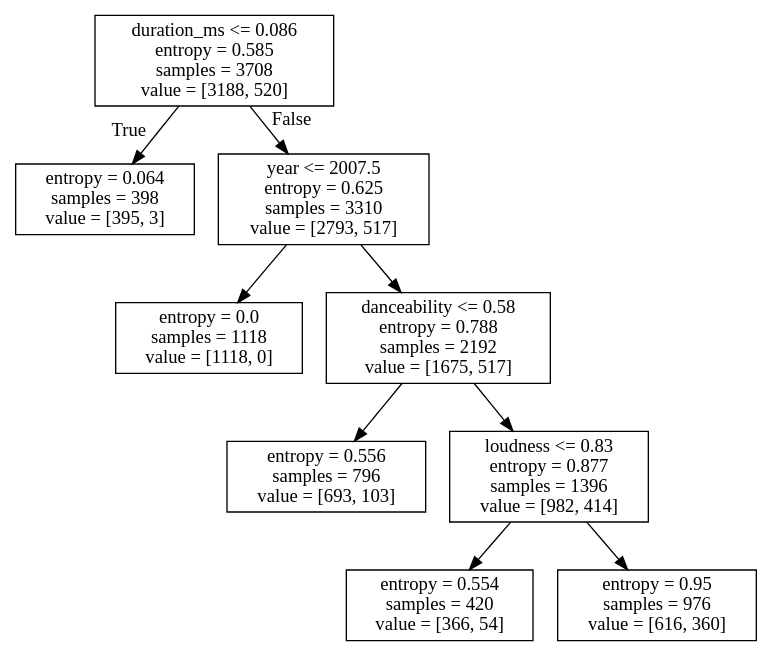
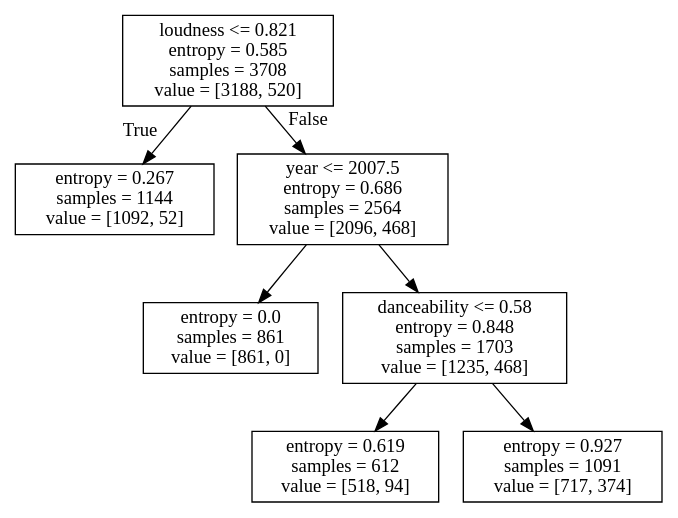
The diagram in pop_DT.dot (CrystalCo/audio_features_popularity_classifiers), drawn with Graphviz before and after one commit. The commit also changed 14 other files, not shown here.

```diff
--- a/pop_DT.dot
+++ b/pop_DT.dot
@@ -1,20 +1,16 @@
 digraph Tree {
 node [shape=box] ;
-0 [label="duration_ms <= 0.086\nentropy = 0.585\nsamples = 3708\nvalue = [3188, 520]"] ;
-1 [label="entropy = 0.064\nsamples = 398\nvalue = [395, 3]"] ;
+0 [label="loudness <= 0.821\nentropy = 0.585\nsamples = 3708\nvalue = [3188, 520]"] ;
+1 [label="entropy = 0.267\nsamples = 1144\nvalue = [1092, 52]"] ;
 0 -> 1 [labeldistance=2.5, labelangle=45, headlabel="True"] ;
-2 [label="year <= 2007.5\nentropy = 0.625\nsamples = 3310\nvalue = [2793, 517]"] ;
+2 [label="year <= 2007.5\nentropy = 0.686\nsamples = 2564\nvalue = [2096, 468]"] ;
 0 -> 2 [labeldistance=2.5, labelangle=-45, headlabel="False"] ;
-3 [label="entropy = 0.0\nsamples = 1118\nvalue = [1118, 0]"] ;
+3 [label="entropy = 0.0\nsamples = 861\nvalue = [861, 0]"] ;
 2 -> 3 ;
-4 [label="danceability <= 0.58\nentropy = 0.788\nsamples = 2192\nvalue = [1675, 517]"] ;
+4 [label="danceability <= 0.58\nentropy = 0.848\nsamples = 1703\nvalue = [1235, 468]"] ;
 2 -> 4 ;
-5 [label="entropy = 0.556\nsamples = 796\nvalue = [693, 103]"] ;
+5 [label="entropy = 0.619\nsamples = 612\nvalue = [518, 94]"] ;
 4 -> 5 ;
-6 [label="loudness <= 0.83\nentropy = 0.877\nsamples = 1396\nvalue = [982, 414]"] ;
+6 [label="entropy = 0.927\nsamples = 1091\nvalue = [717, 374]"] ;
 4 -> 6 ;
-7 [label="entropy = 0.554\nsamples = 420\nvalue = [366, 54]"] ;
-6 -> 7 ;
-8 [label="entropy = 0.95\nsamples = 976\nvalue = [616, 360]"] ;
-6 -> 8 ;
 }
```
